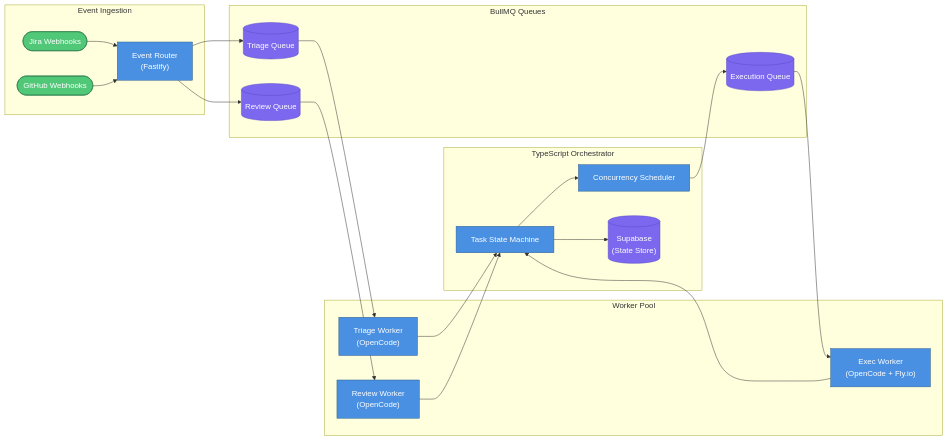
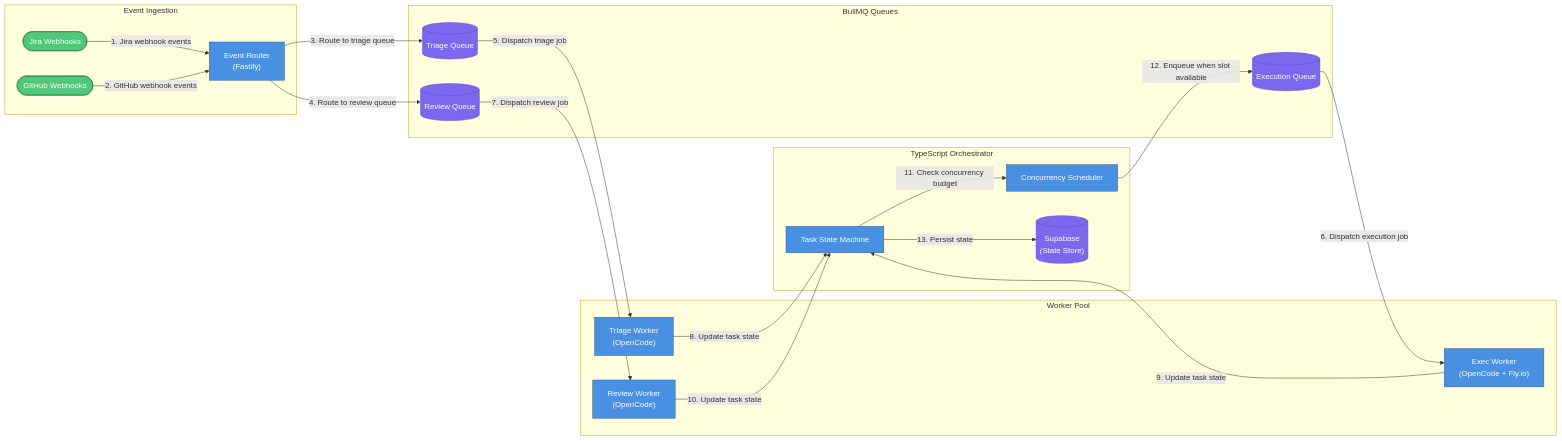
Before and after one commit to viiqswim/dozaldevs-ai-employee: the ninth of 15 diagrams in docs/2026-03-22-2317-ai-employee-architecture.md, drawn with Mermaid. The commit also changed other lines of this file, not shown here.

Commit message:
docs: add numbered arrows and flow walkthroughs to all diagrams

````diff
--- a/docs/2026-03-22-2317-ai-employee-architecture.md
+++ b/docs/2026-03-22-2317-ai-employee-architecture.md
@@ -745,44 +872,44 @@
 ```mermaid
 graph LR
     subgraph Event Ingestion
         WH1(["Jira Webhooks"]):::event
         WH2(["GitHub Webhooks"]):::event
         ROUTER["Event Router\n(Fastify)"]:::service
     end
 
     subgraph BullMQ Queues
         Q_TRIAGE[("Triage Queue")]:::storage
         Q_EXEC[("Execution Queue")]:::storage
         Q_REVIEW[("Review Queue")]:::storage
     end
 
     subgraph TypeScript Orchestrator
         SM["Task State Machine"]:::service
         SCHED["Concurrency Scheduler"]:::service
         SUPABASE[("Supabase\n(State Store)")]:::storage
     end
 
     subgraph Worker Pool
         T1["Triage Worker\n(OpenCode)"]:::service
         E1["Exec Worker\n(OpenCode + Fly.io)"]:::service
         R1["Review Worker\n(OpenCode)"]:::service
     end
 
-    WH1 --> ROUTER
-    WH2 --> ROUTER
-    ROUTER --> Q_TRIAGE
-    ROUTER --> Q_REVIEW
-    Q_TRIAGE --> T1
-    Q_EXEC --> E1
-    Q_REVIEW --> R1
-    T1 --> SM
-    E1 --> SM
-    R1 --> SM
-    SM --> SCHED
-    SCHED --> Q_EXEC
-    SM --> SUPABASE
+    WH1 -->|"1. Jira webhook events"| ROUTER
+    WH2 -->|"2. GitHub webhook events"| ROUTER
+    ROUTER -->|"3. Route to triage queue"| Q_TRIAGE
+    ROUTER -->|"4. Route to review queue"| Q_REVIEW
+    Q_TRIAGE -->|"5. Dispatch triage job"| T1
+    Q_EXEC -->|"6. Dispatch execution job"| E1
+    Q_REVIEW -->|"7. Dispatch review job"| R1
+    T1 -->|"8. Update task state"| SM
+    E1 -->|"9. Update task state"| SM
+    R1 -->|"10. Update task state"| SM
+    SM -->|"11. Check concurrency budget"| SCHED
+    SCHED -->|"12. Enqueue when slot available"| Q_EXEC
+    SM -->|"13. Persist state"| SUPABASE
 
     classDef service fill:#4A90E2,stroke:#2E5C8A,color:#fff
     classDef storage fill:#7B68EE,stroke:#5B4BC7,color:#fff
     classDef event fill:#50C878,stroke:#2D7A4A,color:#fff
 ```
````
